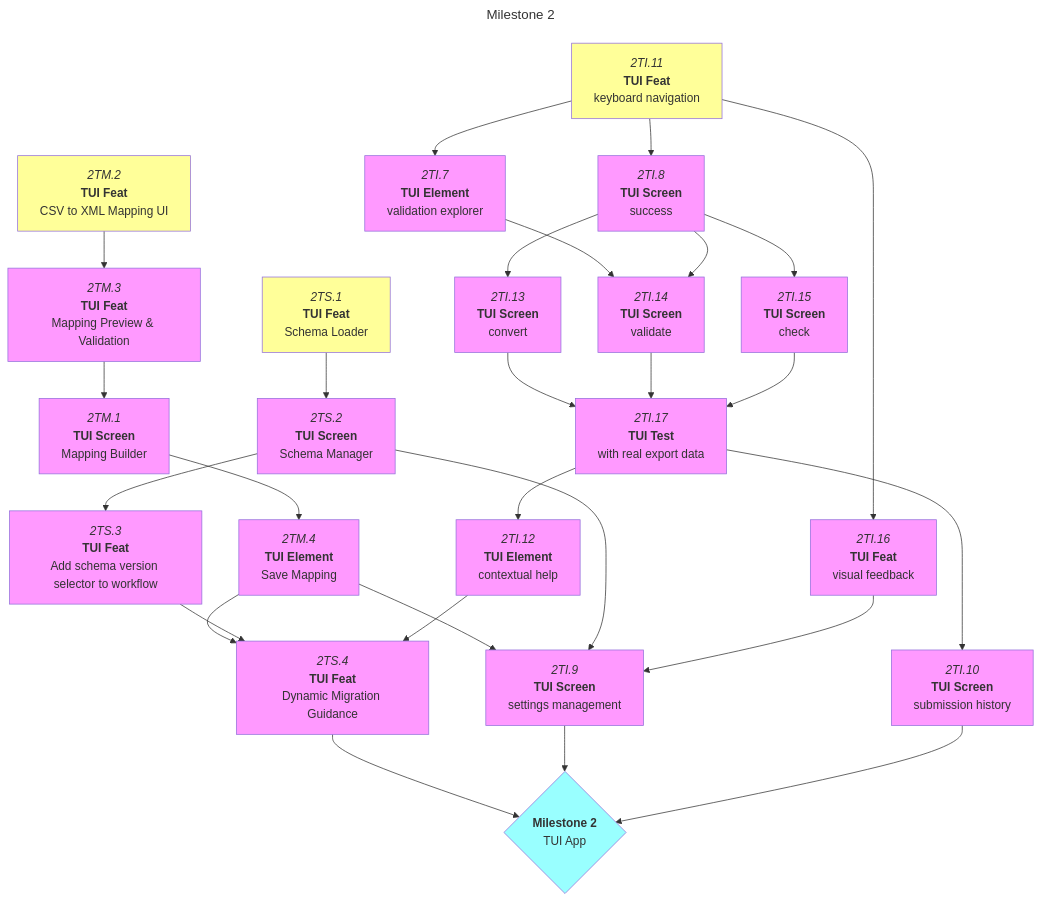
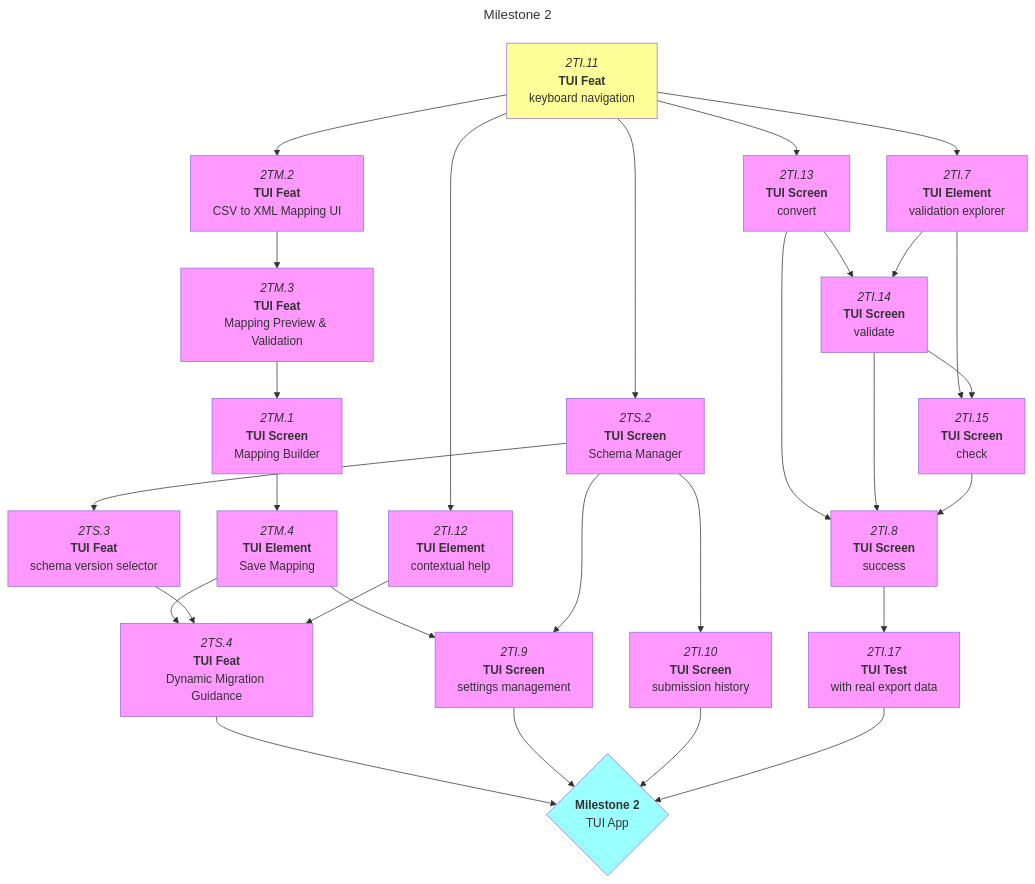
One commit to foundersandcoders/iris changed the second of 6 diagrams in docs/roadmaps/mvp.md. Above: the diagram before and after it, drawn with Mermaid. The commit also changed other lines of this file, not shown here.

````diff
--- a/docs/roadmaps/mvp.md
+++ b/docs/roadmaps/mvp.md
@@ -133,35 +133,35 @@
 ```mermaid
 ---
 title: Milestone 2
 ---
 graph TD
 
-2TI.11["`*2TI.11*<br/>**TUI Feat**<br/>keyboard navigation`"]:::open --> 2TI.7 & 2TI.8 & 2TI.16
-2TM.2["`*2TM.2*<br/>**TUI Feat**<br/>CSV to XML Mapping UI`"]:::open --> 2TM.3
-2TS.1["`*2TS.1*<br/>**TUI Feat**<br/>Schema Loader`"]:::open --> 2TS.2
+2TI.11["`*2TI.11*<br/>**TUI Feat**<br/>keyboard navigation`"]:::open --> 2TI.13 & 2TI.7 & 2TM.2 & 2TS.2 & 2TI.12
 
+2TI.13["`*2TI.13*<br/>**TUI Screen**<br/>convert`"] --> 2TI.14 & 2TI.8
+2TI.7["`*2TI.7*<br/>**TUI Element**<br/>validation explorer`"] --> 2TI.14 & 2TI.15
+
+2TI.14["`*2TI.14*<br/>**TUI Screen**<br/>validate`"] --> 2TI.15 & 2TI.8
+2TI.15["`*2TI.15*<br/>**TUI Screen**<br/>check`"] --> 2TI.8
+2TI.8["`*2TI.8*<br/>**TUI Screen**<br/>success`"] --> 2TI.17
+
+2TM.2["`*2TM.2*<br/>**TUI Feat**<br/>CSV to XML Mapping UI`"] --> 2TM.3
 2TM.3["`*2TM.3*<br/>**TUI Feat**<br/>Mapping Preview & Validation`"] --> 2TM.1
 2TM.1["`*2TM.1*<br/>**TUI Screen**<br/>Mapping Builder`"] --> 2TM.4
 2TM.4["`*2TM.4*<br/>**TUI Element**<br/>Save Mapping`"] --> 2TI.9 & 2TS.4
 
-2TS.2["`*2TS.2*<br/>**TUI Screen**<br/>Schema Manager`"] --> 2TS.3 & 2TI.9
-2TS.3["`*2TS.3*<br/>**TUI Feat**<br/>Add schema version selector to workflow`"] --> 2TS.4
+2TS.2["`*2TS.2*<br/>**TUI Screen**<br/>Schema Manager`"] --> 2TS.3 & 2TI.9 & 2TI.10
+2TS.3["`*2TS.3*<br/>**TUI Feat**<br/>schema version selector`"] --> 2TS.4
+2TI.12["`*2TI.12*<br/>**TUI Element**<br/>contextual help`"] --> 2TS.4
+
 2TS.4["`*2TS.4*<br/>**TUI Feat**<br/>Dynamic Migration Guidance`"] --> m2
-
-2TI.7["`*2TI.7*<br/>**TUI Element**<br/>validation explorer`"] --> 2TI.14
-2TI.8["`*2TI.8*<br/>**TUI Screen**<br/>success`"] --> 2TI.13 & 2TI.14 & 2TI.15
 2TI.9["`*2TI.9*<br/>**TUI Screen**<br/>settings management`"] --> m2
 2TI.10["`*2TI.10*<br/>**TUI Screen**<br/>submission history`"] --> m2
-2TI.12["`*2TI.12*<br/>**TUI Element**<br/>contextual help`"] --> 2TS.4
-2TI.13["`*2TI.13*<br/>**TUI Screen**<br/>convert`"] --> 2TI.17
-2TI.14["`*2TI.14*<br/>**TUI Screen**<br/>validate`"] --> 2TI.17
-2TI.15["`*2TI.15*<br/>**TUI Screen**<br/>check`"] --> 2TI.17
-2TI.16["`*2TI.16*<br/>**TUI Feat**<br/>visual feedback`"] --> 2TI.9
-2TI.17["`*2TI.17*<br/>**TUI Test**<br/>with real export data`"] --> 2TI.10 & 2TI.12
+2TI.17["`*2TI.17*<br/>**TUI Test**<br/>with real export data`"] --> m2
 
 m2{"`**Milestone 2**<br/>TUI App`"}:::mile
 
 classDef default,blocked fill:#f9f;
 classDef open fill:#ff9;
 classDef mile fill:#9ff;
 ```
````
